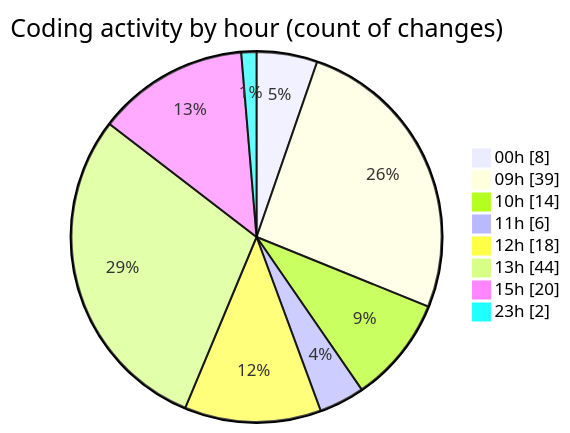
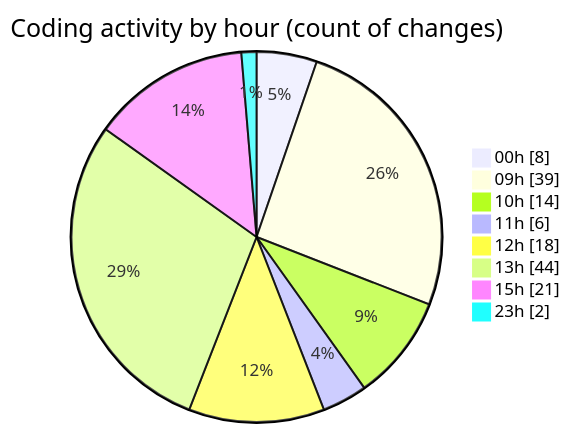
One commit to momahboobian/code-tracking changed the second of 2 diagrams in 2025-12-18/cda/README.md. Above: the diagram before and after it, drawn with Mermaid. The commit also changed other lines of this file and 1 other file, not shown here.

````diff
--- a/2025-12-18/cda/README.md
+++ b/2025-12-18/cda/README.md
@@ -73,12 +74,12 @@
 ```mermaid
 pie showData
 title Coding activity by hour (count of changes)
 "00h" : 8
 "09h" : 39
 "10h" : 14
 "11h" : 6
 "12h" : 18
 "13h" : 44
-"15h" : 20
+"15h" : 21
 "23h" : 2
 ```
````
